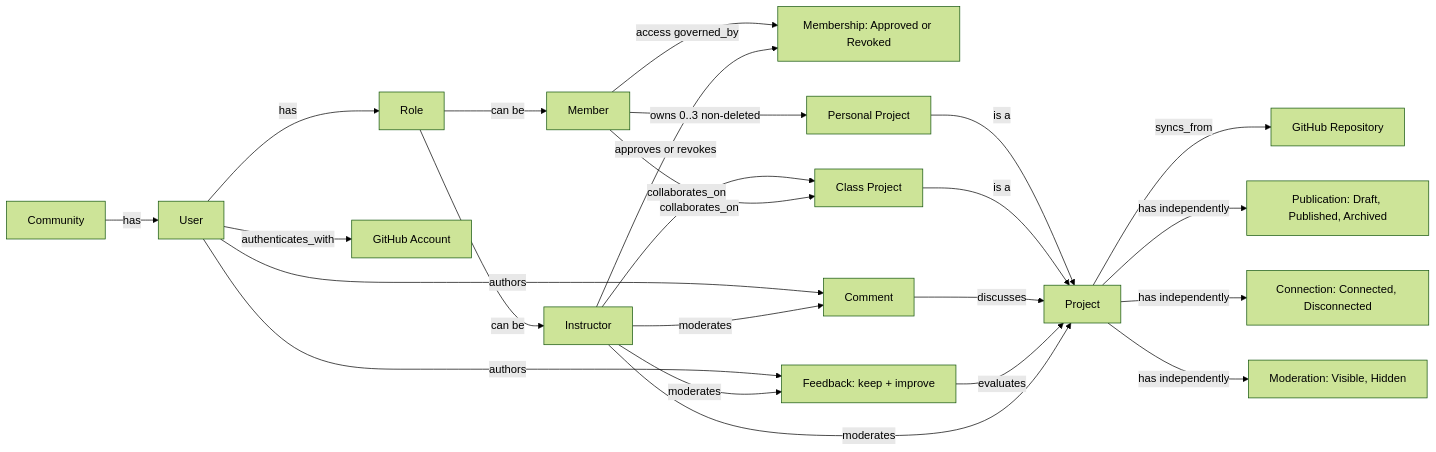
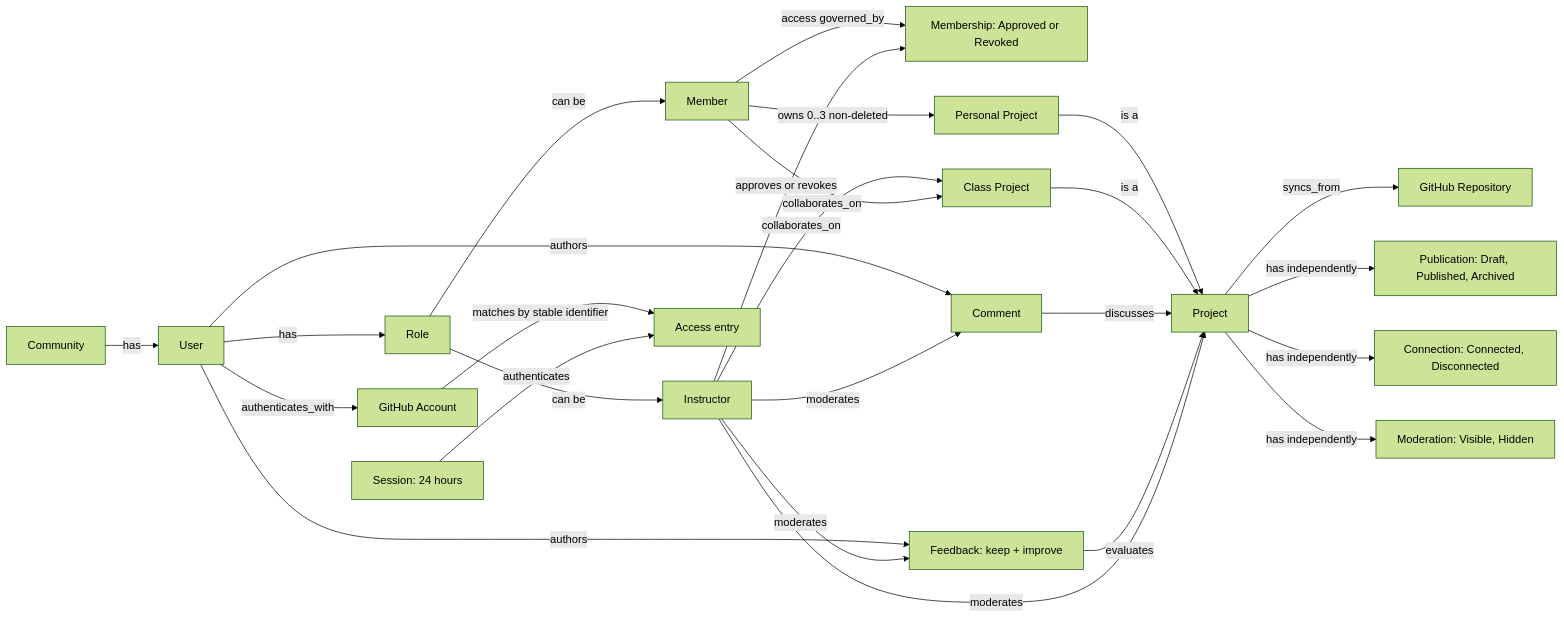
The diagram in docs/DOMAIN.md (vibies-club/vibies), drawn with Mermaid (forest theme) before and after one commit. The commit also changed other lines of this file and 32 other files, not shown here.

Commit message:
Add GitHub sign-in and Instructor-controlled access

````diff
--- a/docs/DOMAIN.md
+++ b/docs/DOMAIN.md
@@ -116,30 +141,32 @@
 ```mermaid
 flowchart LR
     Community["Community"] -->|has| User["User"]
     User -->|has| Role["Role"]
     Role -->|can be| Instructor["Instructor"]
     Role -->|can be| Member["Member"]
     User -->|authenticates_with| GitHubAccount["GitHub Account"]
+    GitHubAccount -->|matches by stable identifier| AccessEntry["Access entry"]
+    Session["Session: 24 hours"] -->|authenticates| AccessEntry
     Member -->|access governed_by| Membership["Membership: Approved or Revoked"]
     Instructor -->|approves or revokes| Membership
 
     Member -->|owns 0..3 non-deleted| PersonalProject["Personal Project"]
     Instructor -->|collaborates_on| ClassProject["Class Project"]
     Member -->|collaborates_on| ClassProject
     PersonalProject -->|is a| Project["Project"]
     ClassProject -->|is a| Project
     Project -->|syncs_from| GitHubRepository["GitHub Repository"]
 
     User -->|authors| Comment["Comment"]
     User -->|authors| Feedback["Feedback: keep + improve"]
     Comment -->|discusses| Project
     Feedback -->|evaluates| Project
 
     Instructor -->|moderates| Project
     Instructor -->|moderates| Comment
     Instructor -->|moderates| Feedback
 
     Project -->|has independently| Publication["Publication: Draft, Published, Archived"]
     Project -->|has independently| Connection["Connection: Connected, Disconnected"]
     Project -->|has independently| Moderation["Moderation: Visible, Hidden"]
 ```
````
